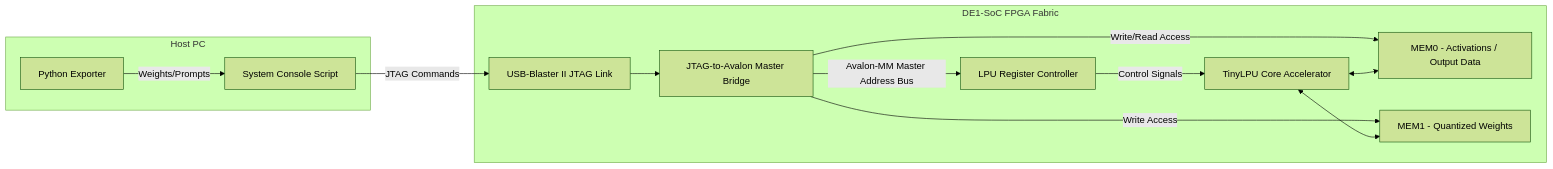
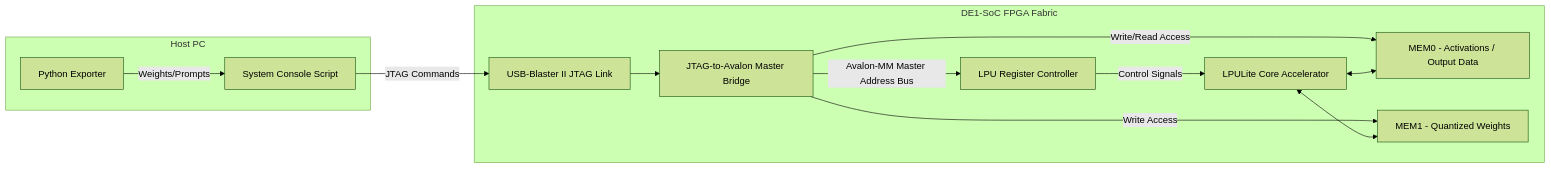
Before and after one commit to frankenstein-v1/LPULite: the diagram in synthesis/docs/de1_soc_inference_workflow.md, drawn with Mermaid (forest theme). The commit also changed other lines of this file and 459 other files, not shown here.

````diff
--- a/synthesis/docs/de1_soc_inference_workflow.md
+++ b/synthesis/docs/de1_soc_inference_workflow.md
@@ -13,16 +13,16 @@
 ```mermaid
 graph LR
     subgraph Host PC
         A[Python Exporter] -->|Weights/Prompts| B[System Console Script]
     end
     B -->|JTAG Commands| C[USB-Blaster II JTAG Link]
     subgraph DE1-SoC FPGA Fabric
         C --> D[JTAG-to-Avalon Master Bridge]
         D -->|Avalon-MM Master Address Bus| E[LPU Register Controller]
         D -->|Write/Read Access| F[MEM0 - Activations / Output Data]
         D -->|Write Access| G[MEM1 - Quantized Weights]
-        E -->|Control Signals| H[TinyLPU Core Accelerator]
+        E -->|Control Signals| H[LPULite Core Accelerator]
         H <--> F
         H <--> G
     end
 ```
````
